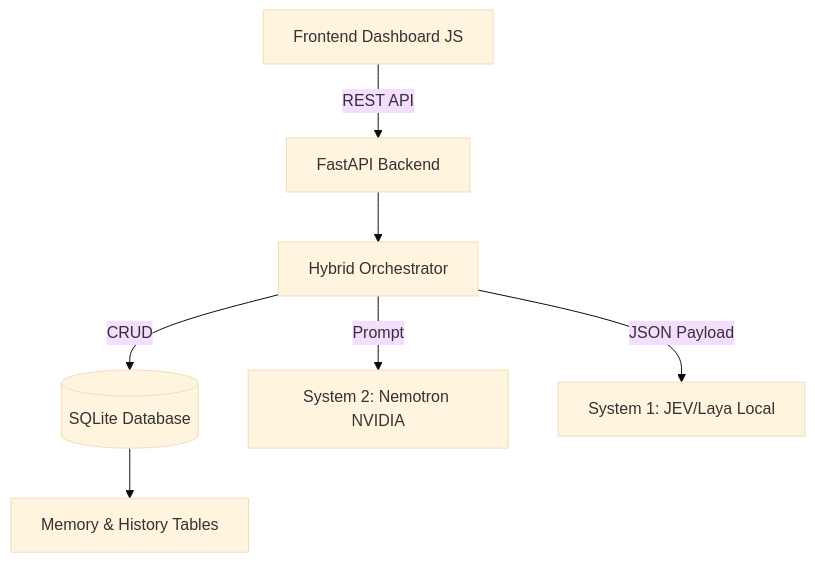
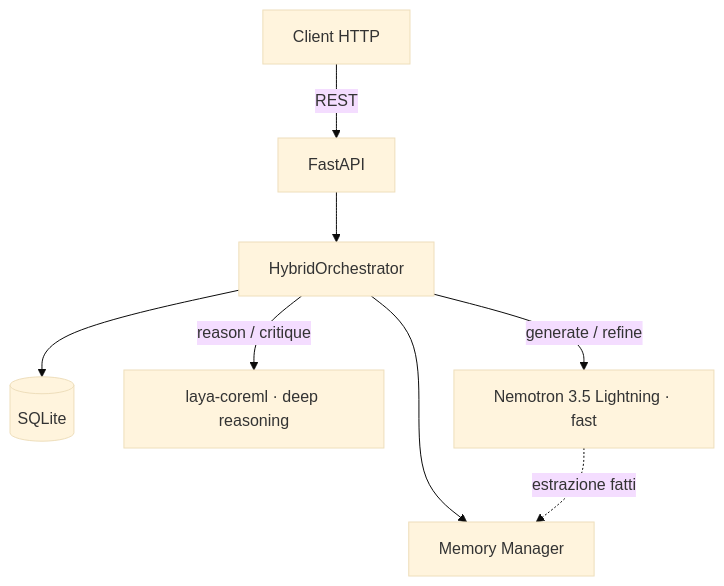
Before and after one commit to mareknardella-lgtm/laya-pro: the first of 3 diagrams in docs/ARCHITECTURE.md, drawn with Mermaid (base theme). The commit also changed other lines of this file and 170 other files, not shown here.

First line of the commit message:
feat: rebuild Laya Pro as a hybrid System 1/System 2 orchestrator

````diff
--- a/docs/ARCHITECTURE.md
+++ b/docs/ARCHITECTURE.md
@@ -64,11 +63,10 @@
 ```mermaid
 graph TD
-    UI[Frontend Dashboard JS] -->|REST API| API[FastAPI Backend]
-    API --> ORCH[Hybrid Orchestrator]
-    
-    ORCH -->|CRUD| DB[(SQLite Database)]
-    DB --> MEM[Memory & History Tables]
-    
-    ORCH -->|Prompt| SYS2[System 2: Nemotron NVIDIA]
-    ORCH -->|JSON Payload| SYS1[System 1: JEV/Laya Local]
+    UI[Client HTTP] -->|REST| API[FastAPI]
+    API --> ORCH[HybridOrchestrator]
+    ORCH --> MEM[Memory Manager]
+    ORCH --> DB[(SQLite)]
+    ORCH -->|reason / critique| LAYA[laya-coreml · deep reasoning]
+    ORCH -->|generate / refine| NEMO[Nemotron 3.5 Lightning · fast]
+    NEMO -.->|estrazione fatti| MEM
 ```
````
